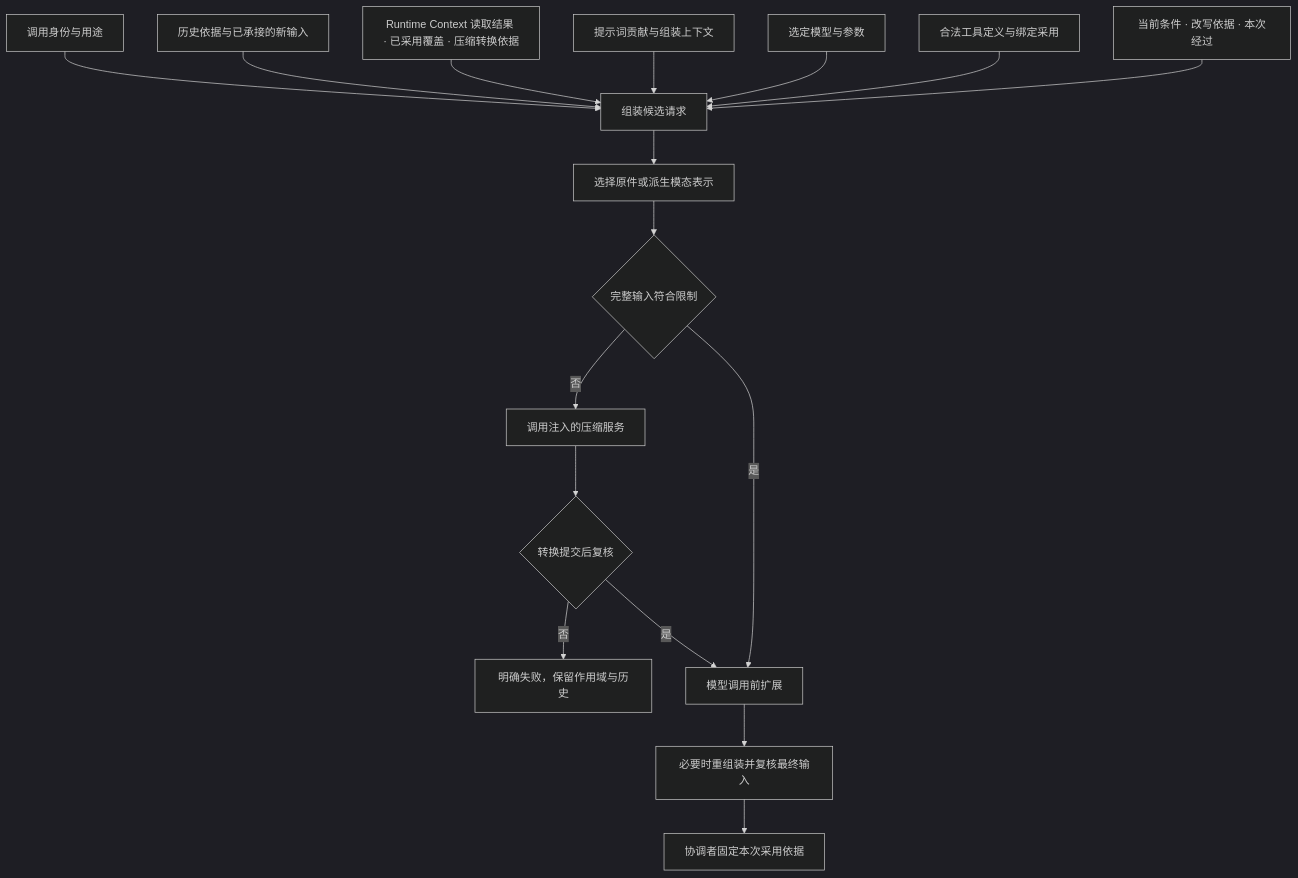
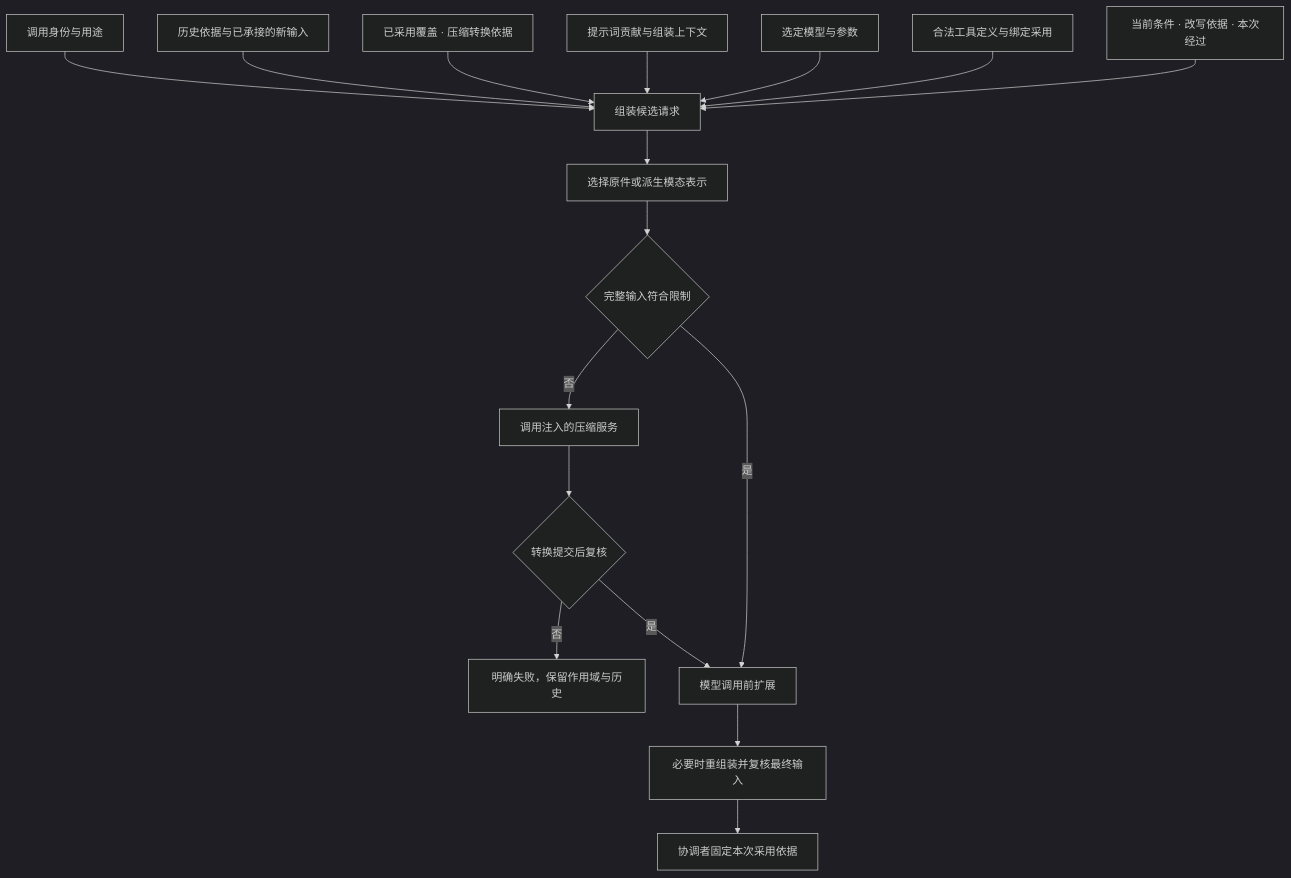
One commit to nemori-ai/omne-harness-lite changed the diagram in docs/architecture/runtime/request-context.md. Above: the diagram before and after it, drawn with Mermaid (dark theme). The commit also changed other lines of this file and 22 other files, not shown here.

````diff
--- a/docs/architecture/runtime/request-context.md
+++ b/docs/architecture/runtime/request-context.md
@@ -25,19 +24,19 @@
 ```mermaid
 flowchart TD
     Who[调用身份与用途] --> Assemble[组装候选请求]
     History[历史依据与已承接的新输入] --> Assemble
-    Context[Runtime Context 读取结果 · 已采用覆盖 · 压缩转换依据] --> Assemble
+    Context[已采用覆盖 · 压缩转换依据] --> Assemble
     Prompt[提示词贡献与组装上下文] --> Assemble
     Model[选定模型与参数] --> Assemble
     Tools[合法工具定义与绑定采用] --> Assemble
     Cond[当前条件 · 改写依据 · 本次经过] --> Assemble
     Assemble --> Render[选择原件或派生模态表示]
     Render --> Budget{完整输入符合限制}
     Budget -->|否| Plan[调用注入的压缩服务]
     Plan --> Check{转换提交后复核}
     Check -->|否| Fail[明确失败，保留作用域与历史]
     Check -->|是| Before[模型调用前扩展]
     Budget -->|是| Before
     Before --> Final[必要时重组装并复核最终输入]
     Final --> Freeze[协调者固定本次采用依据]
 ```
````
